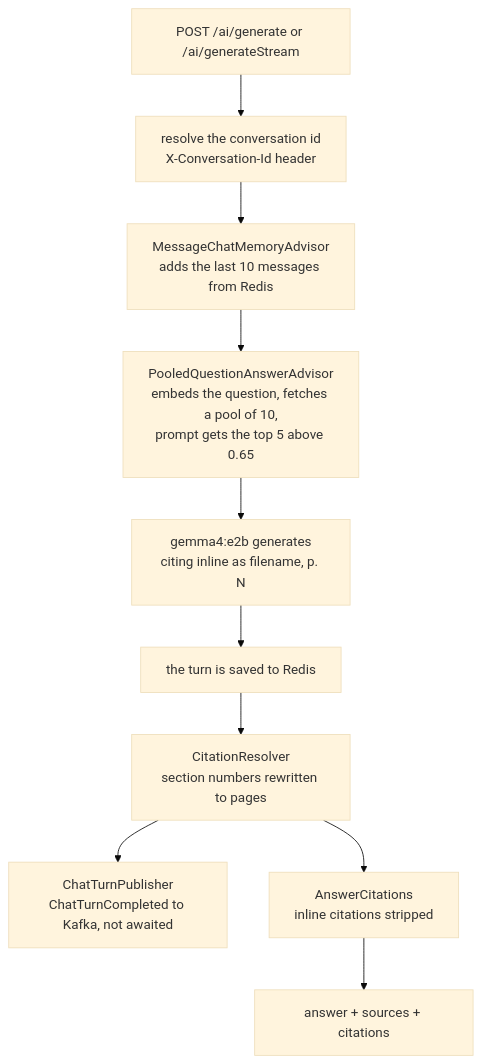
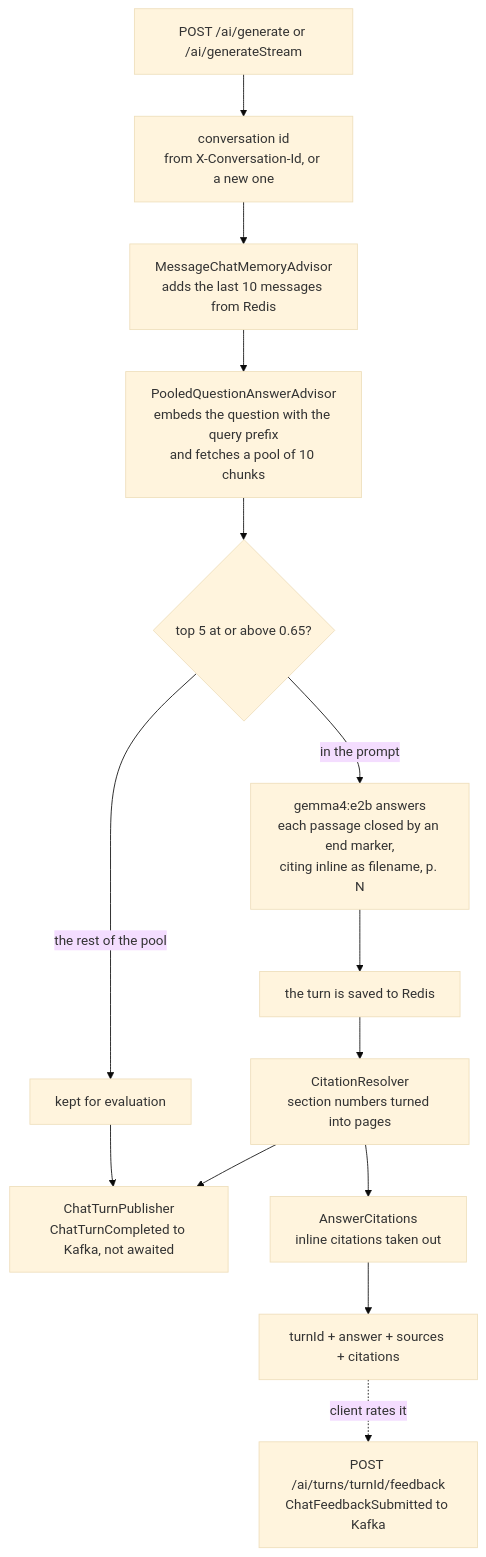
Before and after one commit to subhanmishra/spring-ai: the diagram in ragr-app/README.md, drawn with Mermaid (base theme). The commit also changed other lines of this file and 5 other files, not shown here.

First line of the commit message:
Rewrite the READMEs in plain language, and bring the flow diagrams up to date

````diff
--- a/ragr-app/README.md
+++ b/ragr-app/README.md
@@ -12,12 +29,16 @@
 ```mermaid
 flowchart TD
-    req[POST /ai/generate or /ai/generateStream] --> id[resolve the conversation id<br/>X-Conversation-Id header]
+    req[POST /ai/generate or /ai/generateStream] --> id[conversation id<br/>from X-Conversation-Id, or a new one]
     id --> mem[MessageChatMemoryAdvisor<br/>adds the last 10 messages from Redis]
-    mem --> qa[PooledQuestionAnswerAdvisor<br/>embeds the question, fetches a pool of 10,<br/>prompt gets the top 5 above 0.65]
-    qa --> gen[gemma4:e2b generates<br/>citing inline as filename, p. N]
+    mem --> qa[PooledQuestionAnswerAdvisor<br/>embeds the question with the query prefix<br/>and fetches a pool of 10 chunks]
+    qa --> split{top 5 at or above 0.65?}
+    split -- in the prompt --> gen[gemma4:e2b answers<br/>each passage closed by an end marker,<br/>citing inline as filename, p. N]
+    split -- the rest of the pool --> pool[kept for evaluation]
     gen --> save[the turn is saved to Redis]
-    save --> res[CitationResolver<br/>section numbers rewritten to pages]
+    save --> res[CitationResolver<br/>section numbers turned into pages]
     res --> pub[ChatTurnPublisher<br/>ChatTurnCompleted to Kafka, not awaited]
-    res --> strip[AnswerCitations<br/>inline citations stripped]
-    strip --> out[answer + sources + citations]
+    pool --> pub
+    res --> strip[AnswerCitations<br/>inline citations taken out]
+    strip --> out[turnId + answer + sources + citations]
+    out -. client rates it .-> fb[POST /ai/turns/turnId/feedback<br/>ChatFeedbackSubmitted to Kafka]
 ```
````
